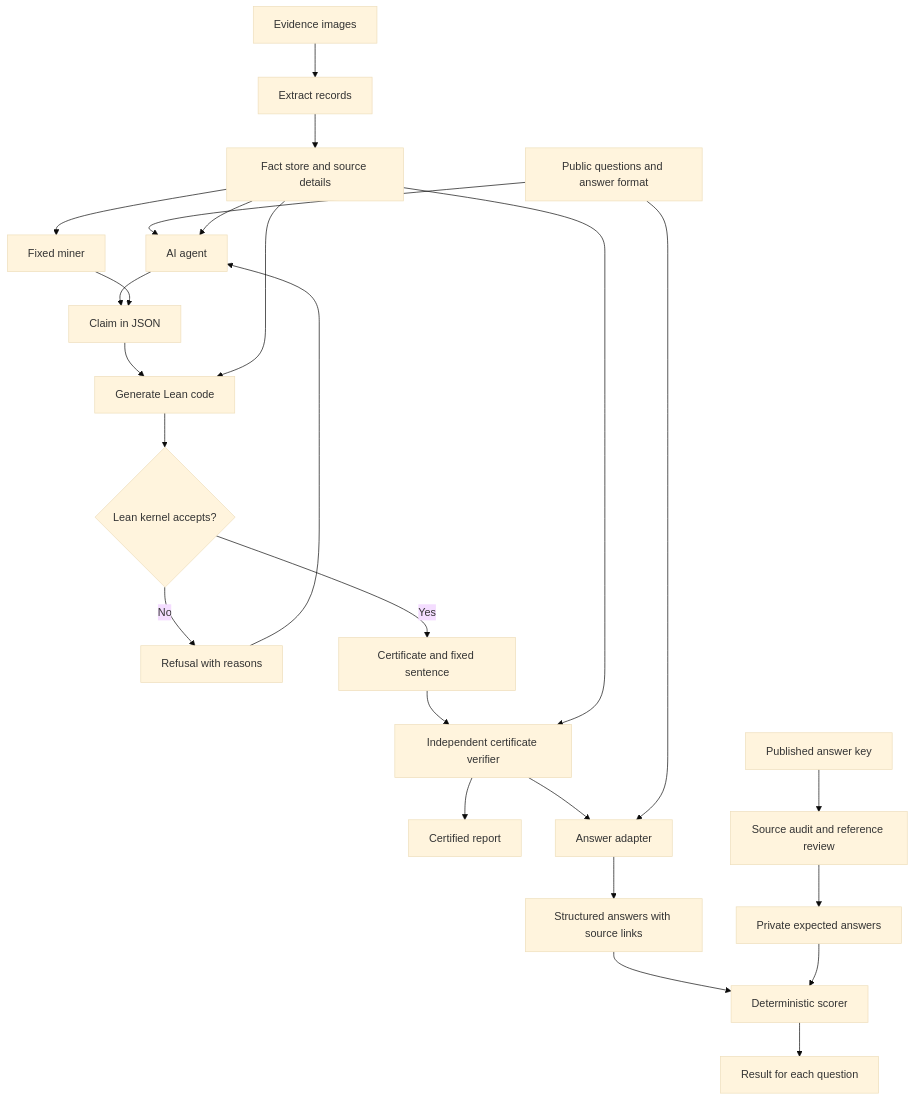
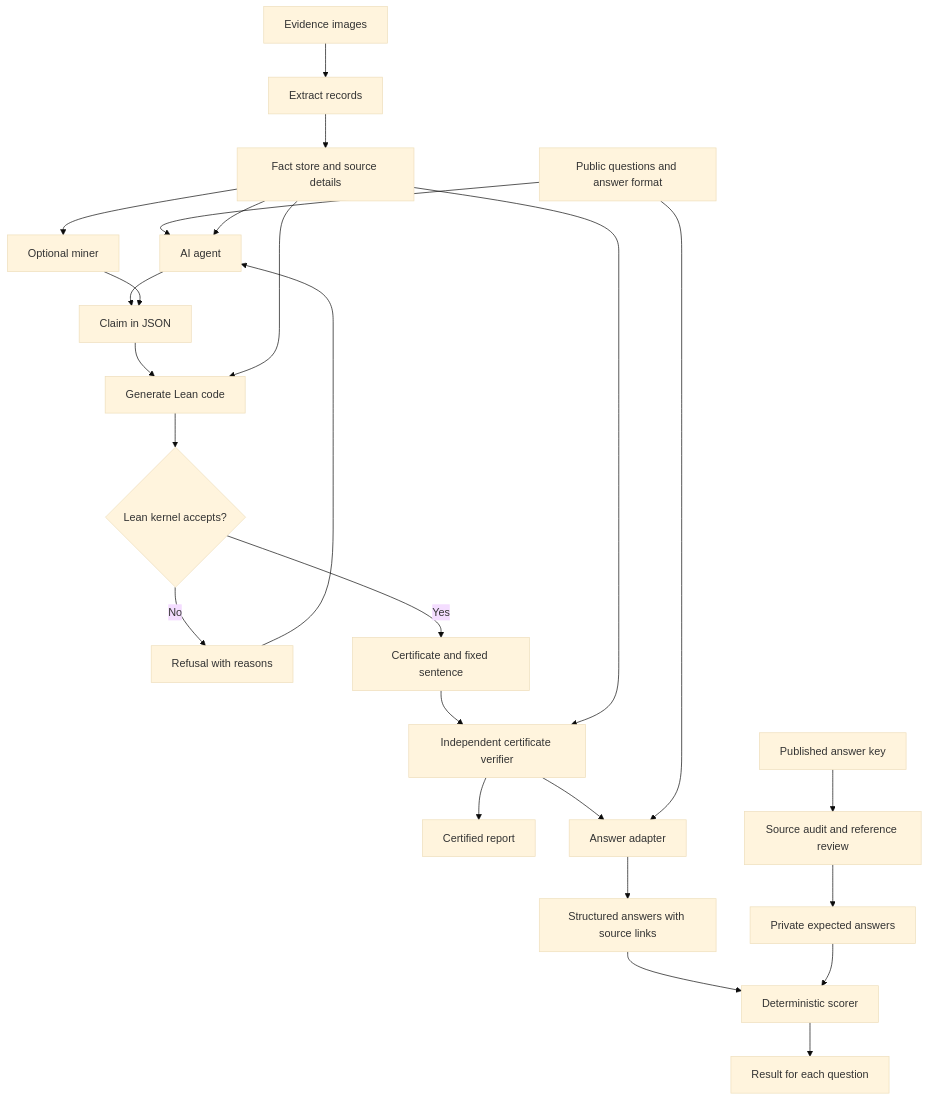
One commit to pauljiang03/chain-of-proof changed the diagram in README.md. Above: the diagram before and after it, drawn with Mermaid (base theme). The commit also changed other lines of this file and 40 other files, not shown here.

````diff
--- a/README.md
+++ b/README.md
@@ -37,27 +38,27 @@
 ```mermaid
 flowchart TD
     I[Evidence images] --> E[Extract records]
     E --> F[Fact store and source details]
     Q[Public questions and answer format] --> S[AI agent]
     F --> S
-    F --> M[Fixed miner]
+    F --> M[Optional miner]
     S --> C[Claim in JSON]
     M --> C
     C --> G[Generate Lean code]
     F --> G
     G --> K{Lean kernel accepts?}
     K -->|No| X[Refusal with reasons]
     X --> S
     K -->|Yes| B[Certificate and fixed sentence]
     B --> V[Independent certificate verifier]
     F --> V
     V --> R[Certified report]
     V --> A[Answer adapter]
     Q --> A
     A --> J[Structured answers with source links]
     J --> T[Deterministic scorer]
     P[Published answer key] --> U[Source audit and reference review]
     U --> H[Private expected answers]
     H --> T
     T --> O[Result for each question]
 ```
````
